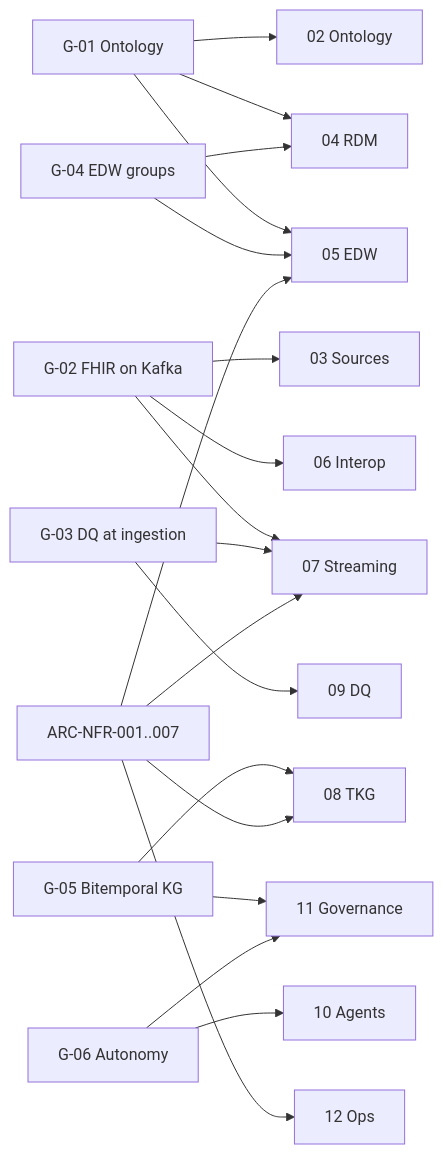
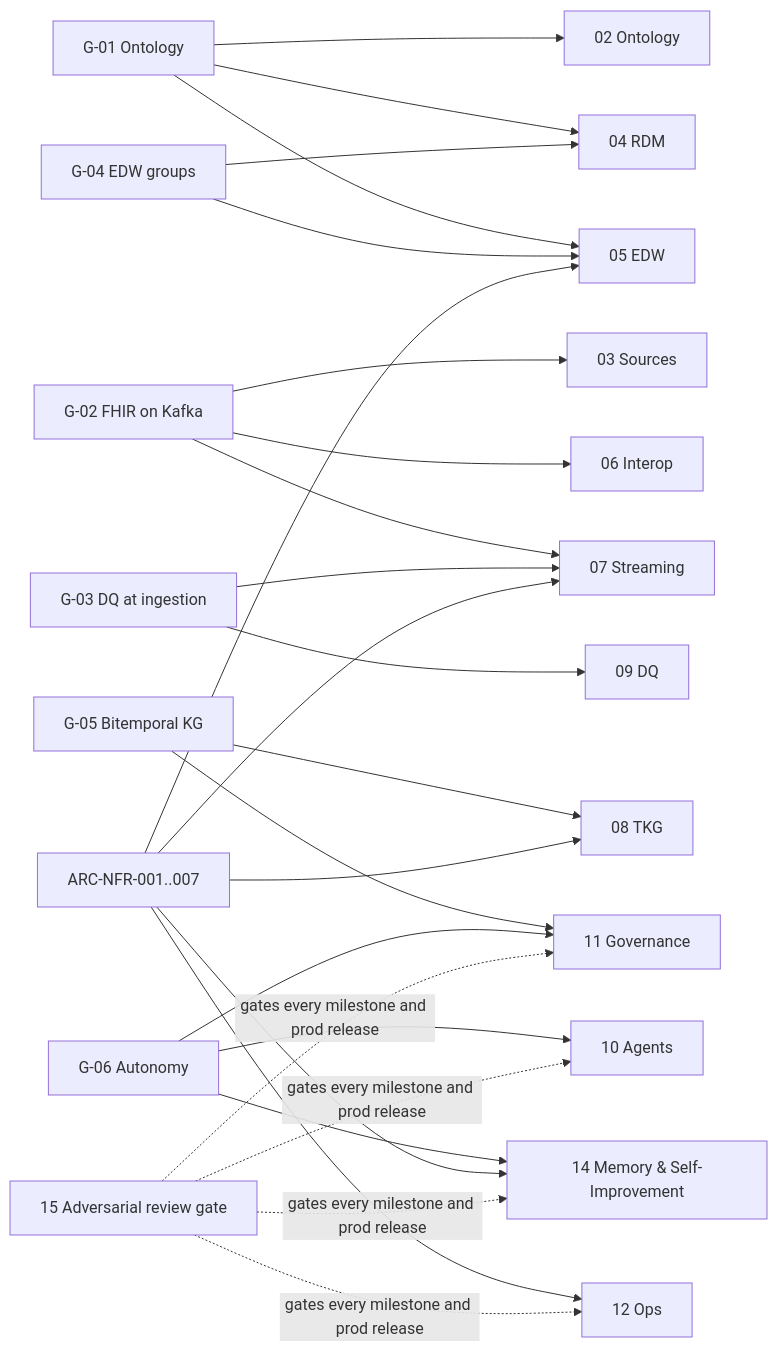
Before and after one commit to mujiq/pubmed-download: the diagram in PRD/13-roadmap-and-acceptance/02-acceptance-criteria.md, drawn with Mermaid. The commit also changed other lines of this file and 68 other files, not shown here.

````diff
--- a/PRD/13-roadmap-and-acceptance/02-acceptance-criteria.md
+++ b/PRD/13-roadmap-and-acceptance/02-acceptance-criteria.md
@@ -21,10 +21,11 @@
 ```mermaid
 flowchart LR
   G01[G-01 Ontology] --> M02[02 Ontology] & M04[04 RDM] & M05[05 EDW]
   G02[G-02 FHIR on Kafka] --> M03[03 Sources] & M06[06 Interop] & M07[07 Streaming]
   G03[G-03 DQ at ingestion] --> M09[09 DQ] & M07
   G04[G-04 EDW groups] --> M05 & M04
   G05[G-05 Bitemporal KG] --> M08[08 TKG] & M11[11 Governance]
-  G06[G-06 Autonomy] --> M10[10 Agents] & M11
-  NFR[ARC-NFR-001..007] --> M07 & M12[12 Ops] & M08 & M05
+  G06[G-06 Autonomy] --> M10[10 Agents] & M11 & M14[14 Memory & Self-Improvement]
+  NFR[ARC-NFR-001..007] --> M07 & M12[12 Ops] & M08 & M05 & M14
+  M15[15 Adversarial review gate] -. gates every milestone and prod release .-> M10 & M11 & M12 & M14
 ```
````
